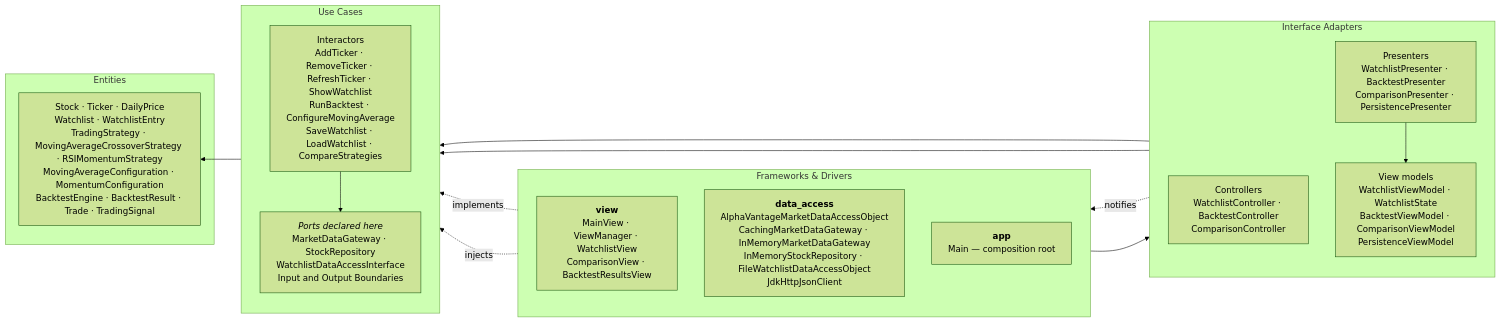
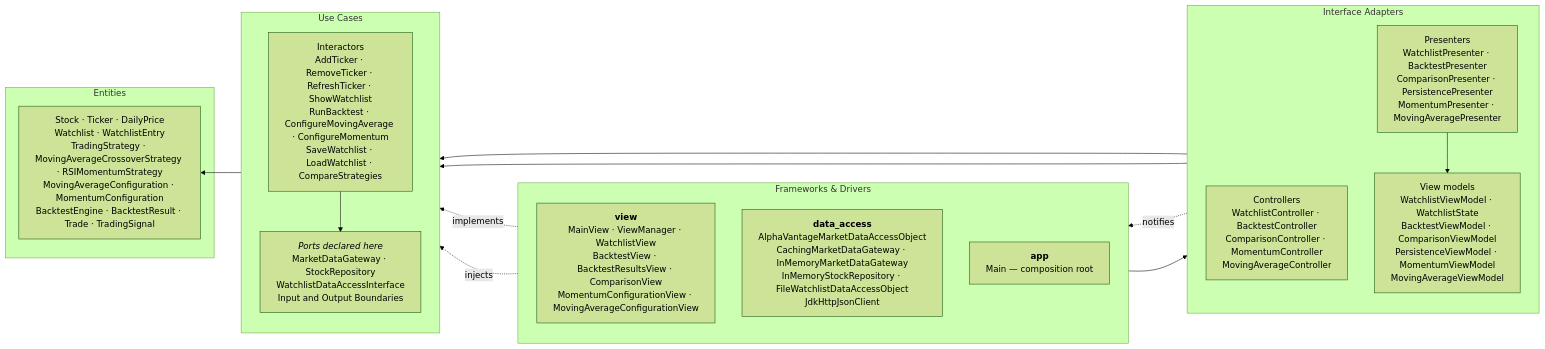
The diagram in docs/architecture.md (AbhirveM/csc207-team-8-final), drawn with Mermaid (forest theme) before and after one commit. The commit also changed other lines of this file and 5 other files, not shown here.

````diff
--- a/docs/architecture.md
+++ b/docs/architecture.md
@@ -13,36 +13,36 @@
 ```mermaid
 flowchart RL
     subgraph FRAMEWORKS["Frameworks &amp; Drivers"]
         direction TB
-        VIEWS["<b>view</b><br/>MainView · ViewManager · WatchlistView<br/>ComparisonView · BacktestResultsView"]
+        VIEWS["<b>view</b><br/>MainView · ViewManager · WatchlistView<br/>BacktestView · BacktestResultsView · ComparisonView<br/>MomentumConfigurationView · MovingAverageConfigurationView"]
         DATA["<b>data_access</b><br/>AlphaVantageMarketDataAccessObject<br/>CachingMarketDataGateway · InMemoryMarketDataGateway<br/>InMemoryStockRepository · FileWatchlistDataAccessObject<br/>JdkHttpJsonClient"]
         MAIN["<b>app</b><br/>Main — composition root"]
     end
 
     subgraph ADAPTERS["Interface Adapters"]
         direction TB
-        CTRL["Controllers<br/>WatchlistController · BacktestController<br/>ComparisonController"]
-        PRES["Presenters<br/>WatchlistPresenter · BacktestPresenter<br/>ComparisonPresenter · PersistencePresenter"]
-        VMS["View models<br/>WatchlistViewModel · WatchlistState<br/>BacktestViewModel · ComparisonViewModel<br/>PersistenceViewModel"]
+        CTRL["Controllers<br/>WatchlistController · BacktestController<br/>ComparisonController · MomentumController<br/>MovingAverageController"]
+        PRES["Presenters<br/>WatchlistPresenter · BacktestPresenter<br/>ComparisonPresenter · PersistencePresenter<br/>MomentumPresenter · MovingAveragePresenter"]
+        VMS["View models<br/>WatchlistViewModel · WatchlistState<br/>BacktestViewModel · ComparisonViewModel<br/>PersistenceViewModel · MomentumViewModel<br/>MovingAverageViewModel"]
     end
 
     subgraph USECASE["Use Cases"]
         direction TB
-        INT["Interactors<br/>AddTicker · RemoveTicker · RefreshTicker · ShowWatchlist<br/>RunBacktest · ConfigureMovingAverage<br/>SaveWatchlist · LoadWatchlist · CompareStrategies"]
+        INT["Interactors<br/>AddTicker · RemoveTicker · RefreshTicker · ShowWatchlist<br/>RunBacktest · ConfigureMovingAverage · ConfigureMomentum<br/>SaveWatchlist · LoadWatchlist · CompareStrategies"]
         PORTS["<i>Ports declared here</i><br/>MarketDataGateway · StockRepository<br/>WatchlistDataAccessInterface<br/>Input and Output Boundaries"]
     end
 
     subgraph ENTITIES["Entities"]
         ENT["Stock · Ticker · DailyPrice<br/>Watchlist · WatchlistEntry<br/>TradingStrategy · MovingAverageCrossoverStrategy · RSIMomentumStrategy<br/>MovingAverageConfiguration · MomentumConfiguration<br/>BacktestEngine · BacktestResult · Trade · TradingSignal"]
     end
 
     VIEWS --> CTRL
     CTRL --> PORTS
     INT --> PORTS
     INT --> ENT
     PRES --> PORTS
     PRES --> VMS
     VMS -.notifies.-> VIEWS
     DATA -.implements.-> PORTS
     MAIN -.injects.-> INT
 ```
````
